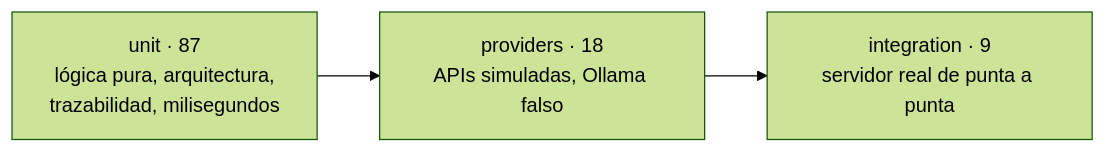
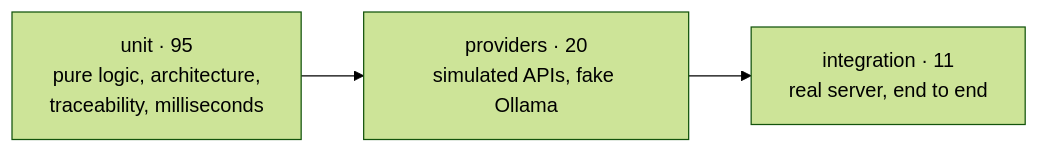
One commit to ada-school/ada-harness changed diagram 13 of 15 in README.md. Above: the diagram before and after it, drawn with Mermaid (forest theme). The commit also changed other lines of this file and 95 other files, not shown here.

````diff
--- a/README.md
+++ b/README.md
@@ -633,4 +656,4 @@
 ```mermaid
 flowchart LR
-    U["unit · 87<br/>lógica pura, arquitectura,<br/>trazabilidad, milisegundos"] --> P["providers · 18<br/>APIs simuladas, Ollama falso"] --> I["integration · 9<br/>servidor real de punta a punta"]
+    U["unit · 95<br/>pure logic, architecture,<br/>traceability, milliseconds"] --> P["providers · 20<br/>simulated APIs, fake Ollama"] --> I["integration · 11<br/>real server, end to end"]
 ```
````
